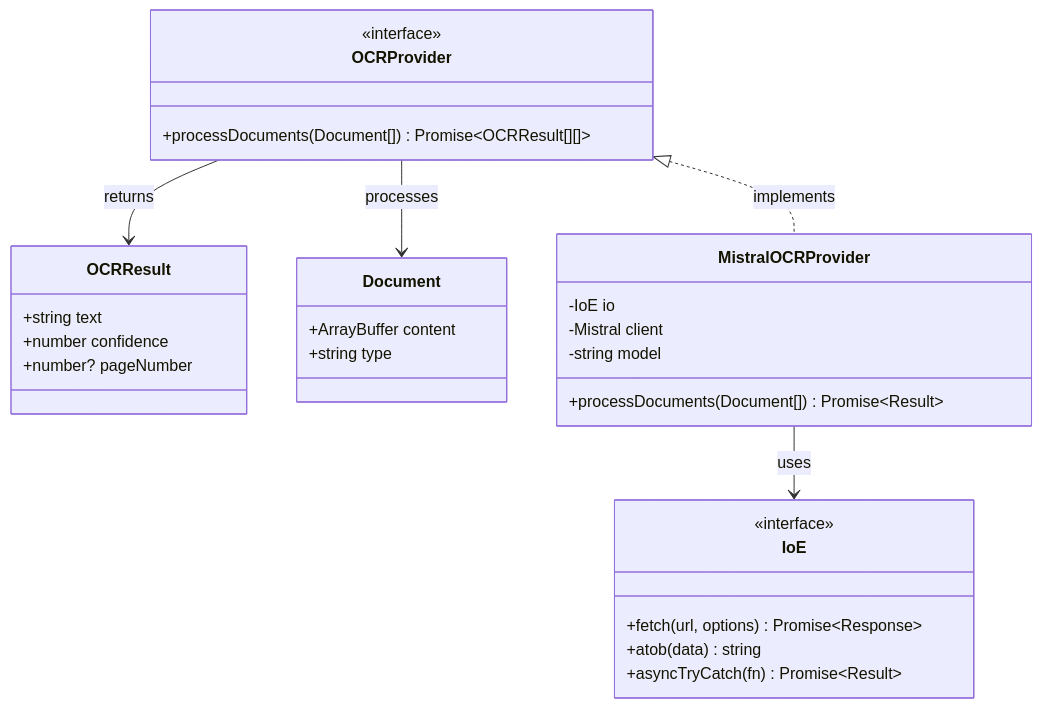
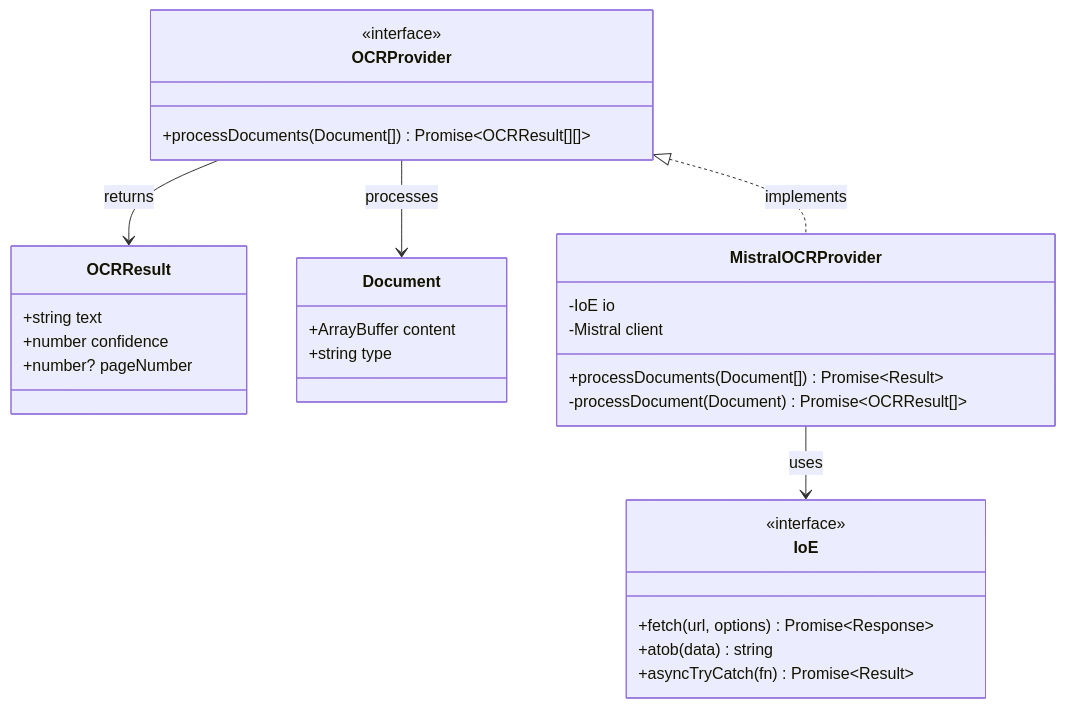
The first of 2 diagrams in docs/ocr.md (o2alexanderfedin/OCRChecksServer-demo), drawn with Mermaid before and after one commit. The commit also changed other lines of this file and 1 other file, not shown here.

````diff
--- a/docs/ocr.md
+++ b/docs/ocr.md
@@ -70,37 +81,37 @@
 ```mermaid
 classDiagram
     class OCRResult {
         +string text
         +number confidence
         +number? pageNumber
     }
 
     class Document {
         +ArrayBuffer content
         +string type
     }
 
     class OCRProvider {
         <<interface>>
         +processDocuments(Document[]) Promise~OCRResult[][]~
     }
 
     class MistralOCRProvider {
         -IoE io
         -Mistral client
-        -string model
         +processDocuments(Document[]) Promise~Result~
+        -processDocument(Document) Promise~OCRResult[]~
     }
 
     class IoE {
         <<interface>>
         +fetch(url, options) Promise~Response~
         +atob(data) string
         +asyncTryCatch(fn) Promise~Result~
     }
 
     OCRProvider <|.. MistralOCRProvider : implements
     MistralOCRProvider --> IoE : uses
     OCRProvider --> OCRResult : returns
     OCRProvider --> Document : processes
 ```
````
